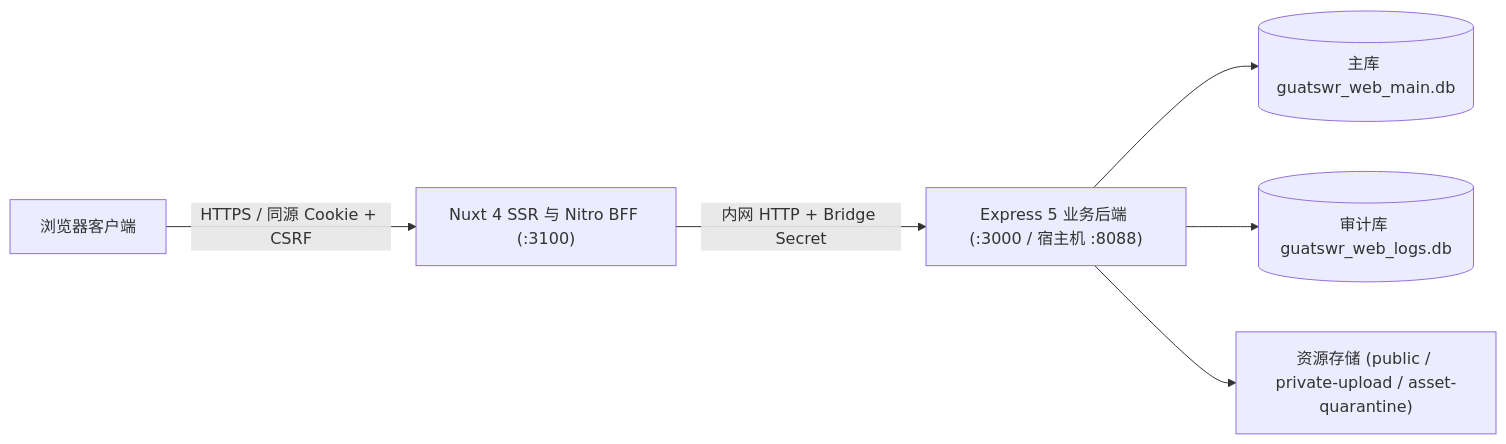
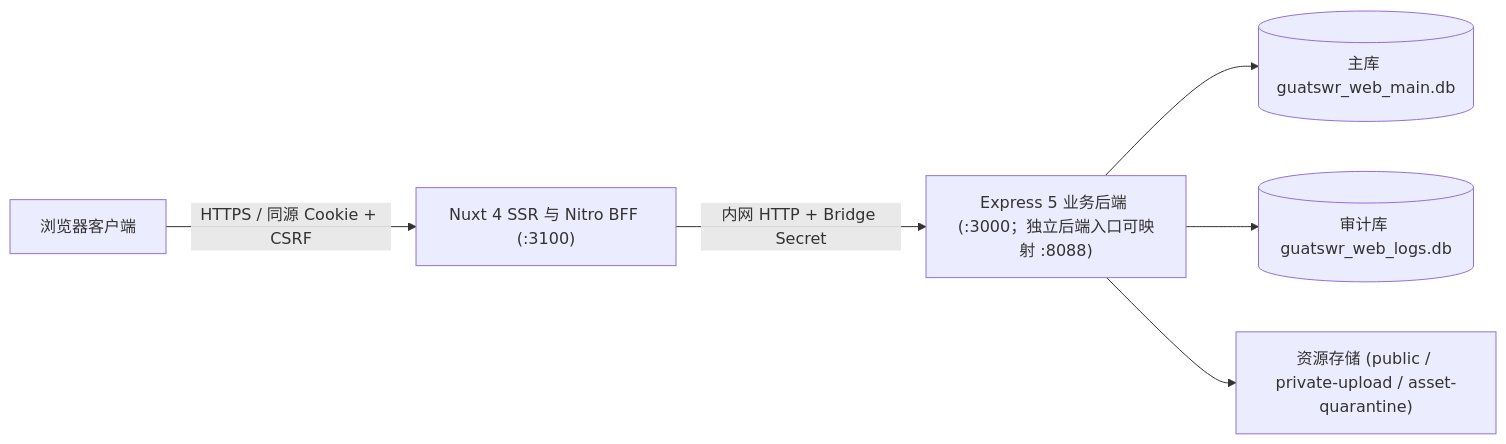
The first of 2 diagrams in README.md (guatswr/GuatSWR_Website), drawn with Mermaid before and after one commit. The commit also changed other lines of this file and 4 other files, not shown here.

````diff
--- a/README.md
+++ b/README.md
@@ -83,8 +86,8 @@
 ```mermaid
 flowchart LR
     Browser["浏览器客户端"] -->|"HTTPS / 同源 Cookie + CSRF"| Web["Nuxt 4 SSR 与 Nitro BFF (:3100)"]
-    Web -->|"内网 HTTP + Bridge Secret"| API["Express 5 业务后端 (:3000 / 宿主机 :8088)"]
+    Web -->|"内网 HTTP + Bridge Secret"| API["Express 5 业务后端 (:3000；独立后端入口可映射 :8088)"]
     API --> MainDB[("主库 guatswr_web_main.db")]
     API --> AuditDB[("审计库 guatswr_web_logs.db")]
     API --> Storage["资源存储 (public / private-upload / asset-quarantine)"]
 ```
````
